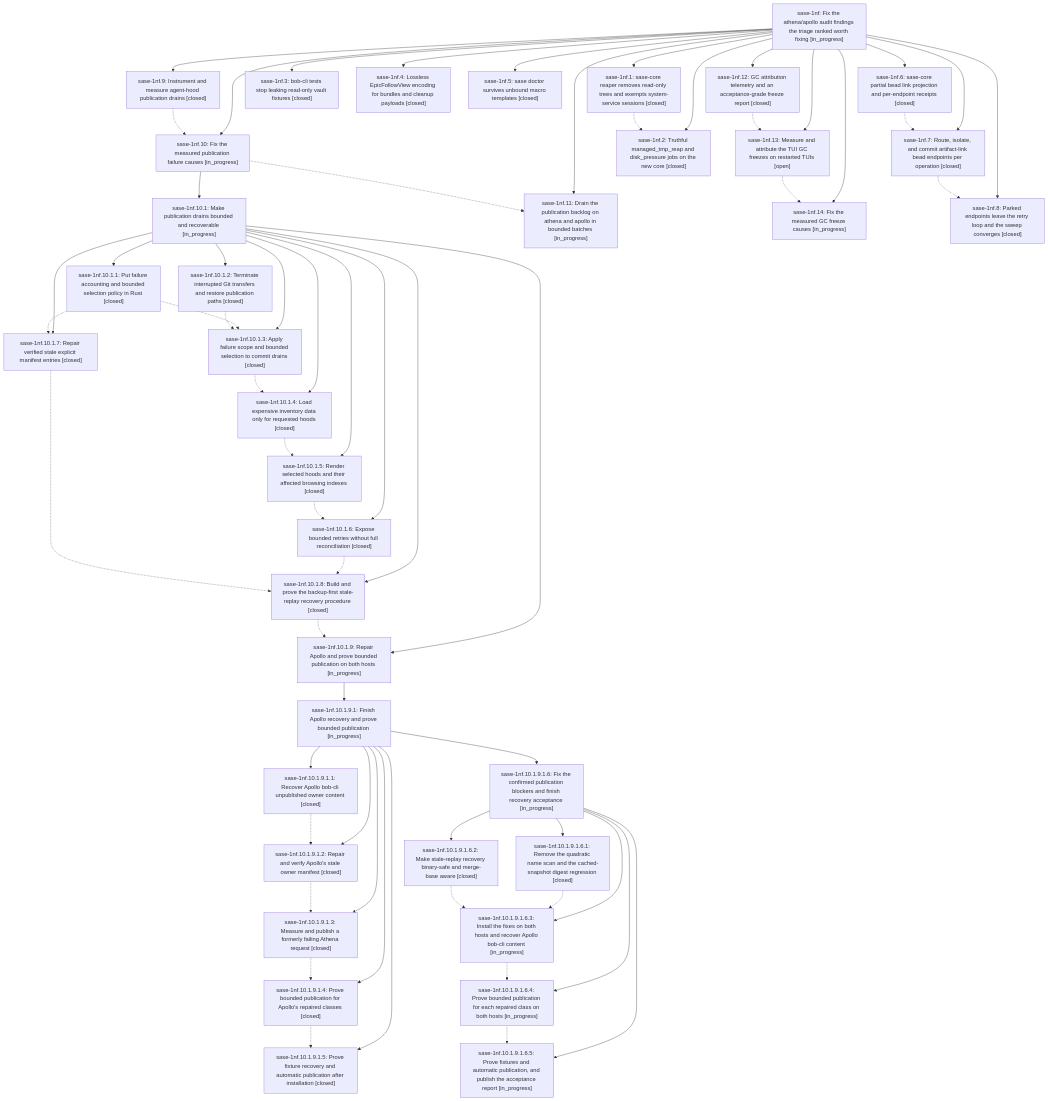
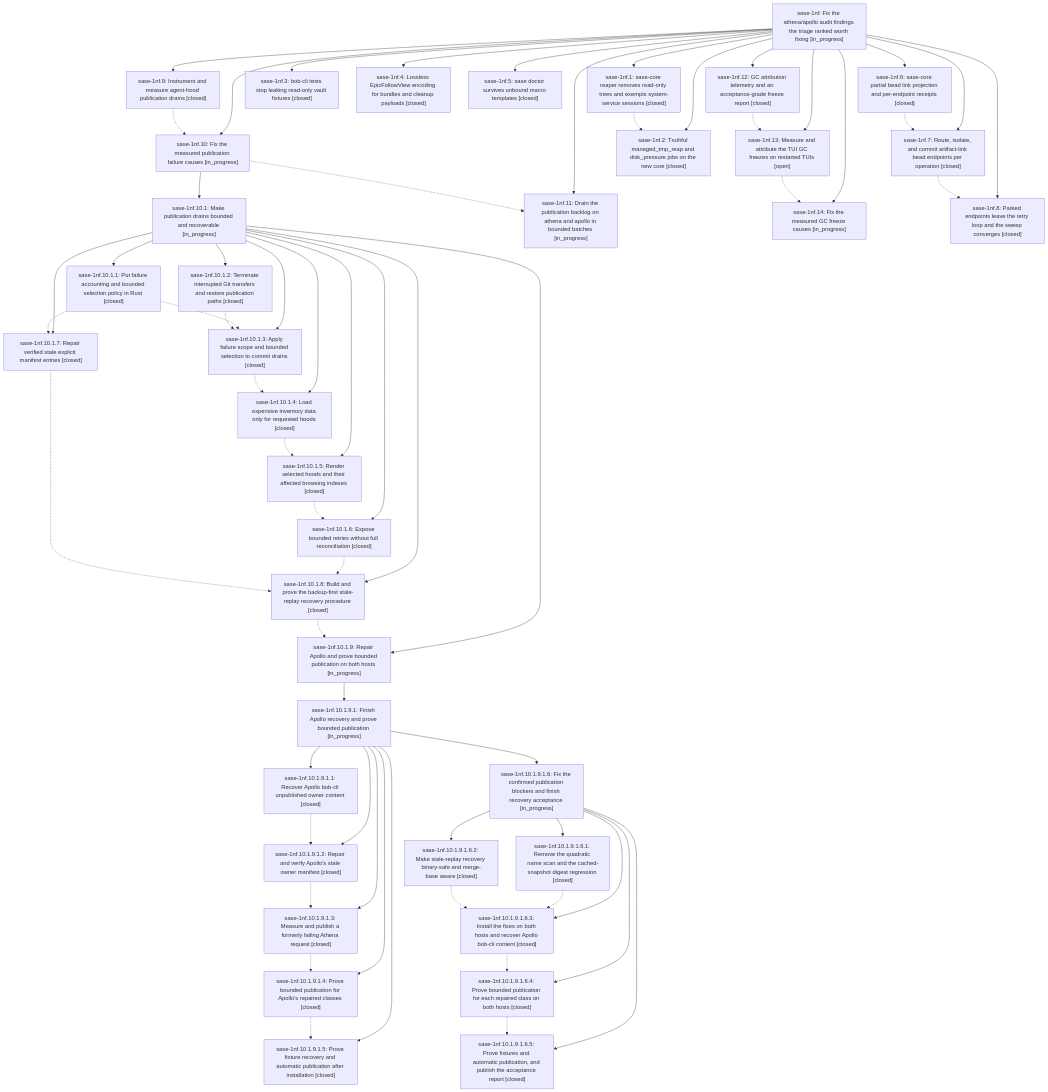
One commit to sase-org/sase--beads changed the diagram in pages/sase-1nf/README.md. Above: the diagram before and after it, drawn with Mermaid. The commit also changed other lines of this file and 7 other files, not shown here.

```diff
--- a/pages/sase-1nf/README.md
+++ b/pages/sase-1nf/README.md
@@ -70,9 +70,9 @@
     n19["sase-1nf.10.1.9.1.6: Fix the confirmed publication blockers and finish recovery acceptance [in_progress]"]
     n20["sase-1nf.10.1.9.1.6.1: Remove the quadratic name scan and the cached-snapshot digest regression [closed]"]
     n21["sase-1nf.10.1.9.1.6.2: Make stale-replay recovery binary-safe and merge-base aware [closed]"]
-    n22["sase-1nf.10.1.9.1.6.3: Install the fixes on both hosts and recover Apollo bob-cli content [in_progress]"]
-    n23["sase-1nf.10.1.9.1.6.4: Prove bounded publication for each repaired class on both hosts [in_progress]"]
-    n24["sase-1nf.10.1.9.1.6.5: Prove fixtures and automatic publication, and publish the acceptance report [in_progress]"]
+    n22["sase-1nf.10.1.9.1.6.3: Install the fixes on both hosts and recover Apollo bob-cli content [closed]"]
+    n23["sase-1nf.10.1.9.1.6.4: Prove bounded publication for each repaired class on both hosts [closed]"]
+    n24["sase-1nf.10.1.9.1.6.5: Prove fixtures and automatic publication, and publish the acceptance report [closed]"]
     n25["sase-1nf.11: Drain the publication backlog on athena and apollo in bounded batches [in_progress]"]
     n26["sase-1nf.12: GC attribution telemetry and an acceptance-grade freeze report [closed]"]
     n27["sase-1nf.13: Measure and attribute the TUI GC freezes on restarted TUIs [open]"]
```
